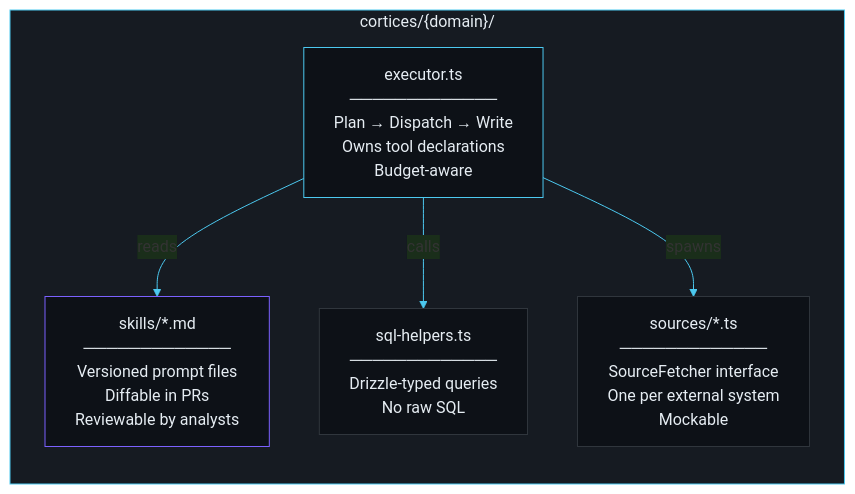
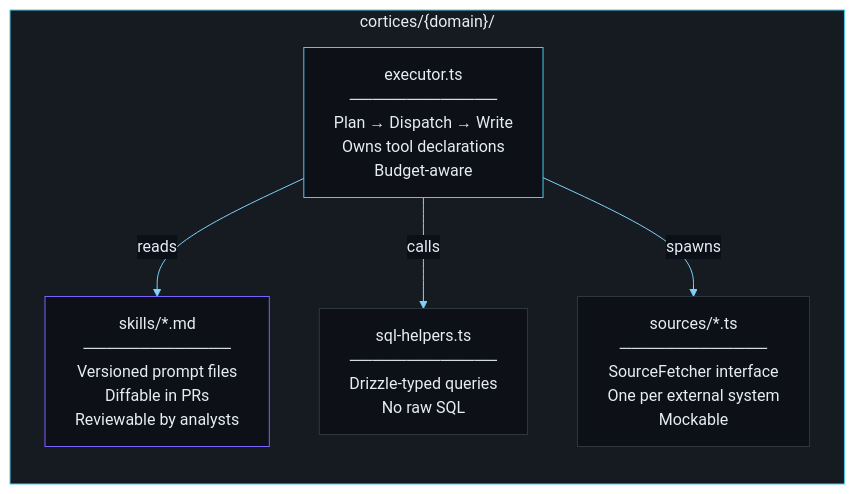
One commit to jeremienunez/thalamus-usecase-ssa- changed the fourth of 15 diagrams in README.md. Above: the diagram before and after it, drawn with Mermaid. The commit also changed other lines of this file and 9 other files, not shown here.

````diff
--- a/README.md
+++ b/README.md
@@ -451,22 +225,22 @@
 ```mermaid
-%%{init: {'theme': 'base', 'themeVariables': {'primaryColor': '#1a1a2e', 'lineColor': '#4cc9f0'}}}%%
-
+%%{init: {'theme':'base','themeVariables':{'background':'#0b0f17','primaryColor':'#11182a','primaryTextColor':'#e6edf3','primaryBorderColor':'#4cc9f0','secondaryColor':'#1a2033','tertiaryColor':'#141a28','secondaryTextColor':'#e6edf3','tertiaryTextColor':'#e6edf3','noteTextColor':'#e6edf3','noteBkgColor':'#1a2033','noteBorderColor':'#4cc9f0','lineColor':'#7dd3fc','textColor':'#e6edf3','mainBkg':'#11182a','secondBkg':'#1a2033','clusterBkg':'#0d1320','clusterBorder':'#4cc9f0','titleColor':'#e6edf3','edgeLabelBackground':'#0b0f17','labelBoxBkgColor':'#11182a','labelBoxBorderColor':'#4cc9f0','labelTextColor':'#e6edf3','actorBkg':'#11182a','actorBorder':'#4cc9f0','actorTextColor':'#e6edf3','actorLineColor':'#7dd3fc','signalColor':'#e6edf3','signalTextColor':'#e6edf3','activationBkgColor':'#1a2033','activationBorderColor':'#4cc9f0','sequenceNumberColor':'#0b0f17','classText':'#e6edf3'}}}%%
 flowchart TB
+    classDef default fill:#11182a,stroke:#4cc9f0,stroke-width:1px,color:#e6edf3;
     subgraph CORTEX["cortices/{domain}/"]
         direction TB
-        Skills["skills/*.md\n─────────────\nVersioned prompt files\nDiffable in PRs\nReviewable by analysts"]
-        SQL["sql-helpers.ts\n─────────────\nDrizzle-typed queries\nNo raw SQL"]
-        Sources["sources/*.ts\n─────────────\nSourceFetcher interface\nOne per external system\nMockable"]
-        Executor["executor.ts\n─────────────\nPlan → Dispatch → Write\nOwns tool declarations\nBudget-aware"]
+        Skills["skills/*.md<br/>─────────────<br/>Versioned prompt files<br/>Diffable in PRs<br/>Reviewable by analysts"]
+        SQL["sql-helpers.ts<br/>─────────────<br/>Drizzle-typed queries<br/>No raw SQL"]
+        Sources["sources/*.ts<br/>─────────────<br/>SourceFetcher interface<br/>One per external system<br/>Mockable"]
+        Executor["executor.ts<br/>─────────────<br/>Plan → Dispatch → Write<br/>Owns tool declarations<br/>Budget-aware"]
     end
 
     Executor -->|"reads"| Skills
     Executor -->|"calls"| SQL
     Executor -->|"spawns"| Sources
 
     style CORTEX fill:#161b22,stroke:#4cc9f0,color:#e6edf3
     style Skills fill:#0d1117,stroke:#7b61ff,color:#e6edf3
     style SQL fill:#0d1117,stroke:#30363d,color:#e6edf3
     style Sources fill:#0d1117,stroke:#30363d,color:#e6edf3
     style Executor fill:#0d1117,stroke:#4cc9f0,color:#e6edf3
 ```
````
